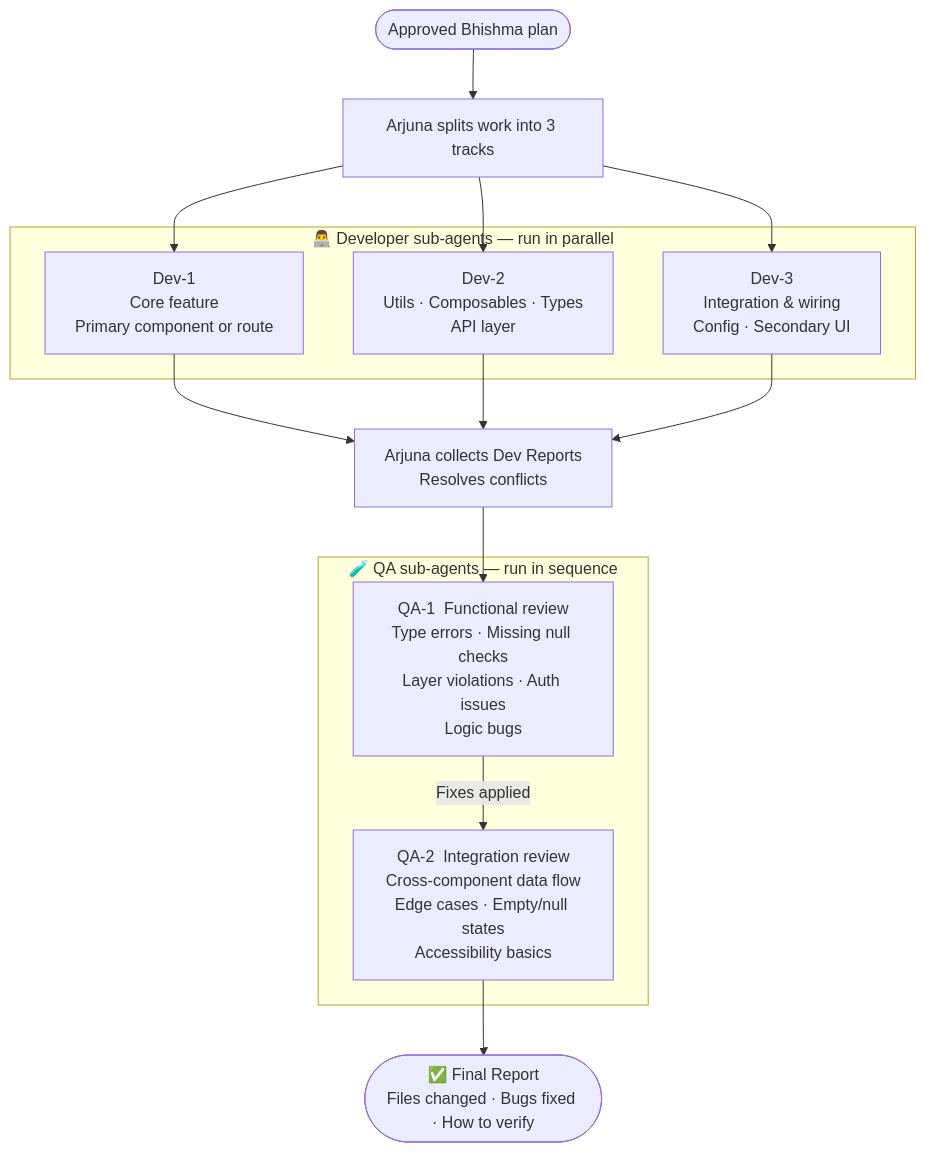
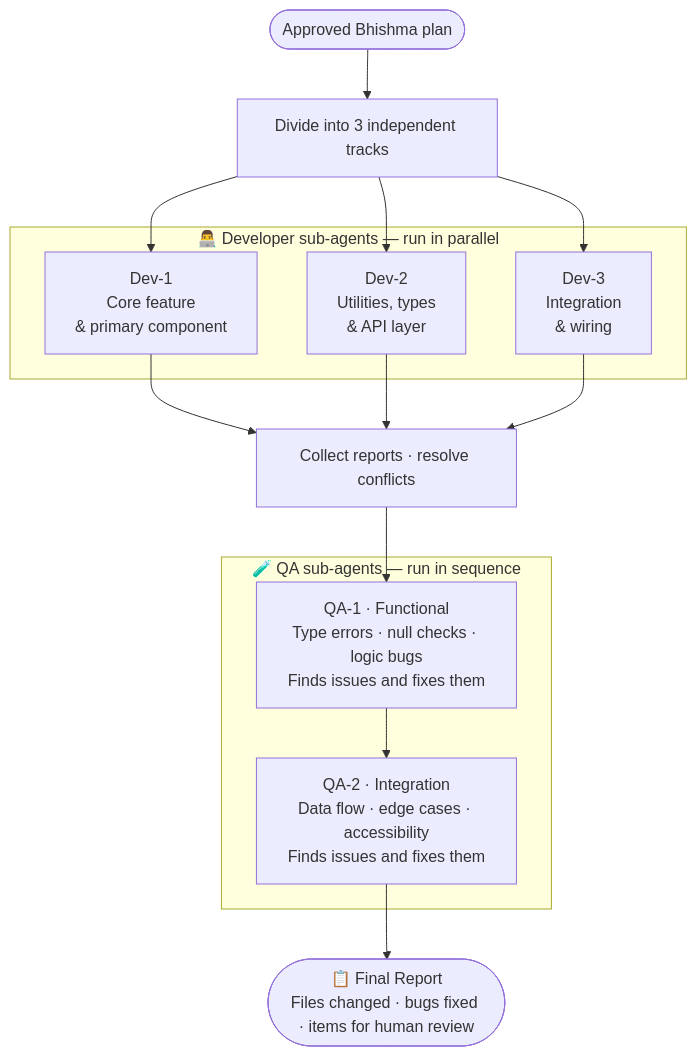
Before and after one commit to HarshavardhanIn/bhishma-arjuna: the second of 2 diagrams in README.md, drawn with Mermaid. The commit also changed other lines of this file, not shown here.

Commit message:
Rewrite README with cleaner flowchart diagrams

````diff
--- a/README.md
+++ b/README.md
@@ -75,32 +63,24 @@
 ```mermaid
 flowchart TD
-    IN([Approved Bhishma plan]) --> SPLIT
+    IN([Approved Bhishma plan]) --> SPLIT[Divide into 3 independent tracks]
 
-    SPLIT[Arjuna splits work into 3 tracks]
-
-    SPLIT --> D1
-    SPLIT --> D2
-    SPLIT --> D3
+    SPLIT --> D1 & D2 & D3
 
     subgraph PARALLEL ["👨‍💻 Developer sub-agents — run in parallel"]
-        D1["Dev-1\nCore feature\nPrimary component or route"]
-        D2["Dev-2\nUtils · Composables · Types\nAPI layer"]
-        D3["Dev-3\nIntegration & wiring\nConfig · Secondary UI"]
+        D1["Dev-1\nCore feature\n& primary component"]
+        D2["Dev-2\nUtilities, types\n& API layer"]
+        D3["Dev-3\nIntegration\n& wiring"]
     end
 
-    D1 & D2 & D3 --> MERGE
+    D1 & D2 & D3 --> MERGE[Collect reports · resolve conflicts]
 
-    MERGE[Arjuna collects Dev Reports\nResolves conflicts]
+    MERGE --> QA1
 
     subgraph SEQUENTIAL ["🧪 QA sub-agents — run in sequence"]
-        QA1["QA-1  Functional review\nType errors · Missing null checks\nLayer violations · Auth issues\nLogic bugs"]
-        QA2["QA-2  Integration review\nCross-component data flow\nEdge cases · Empty/null states\nAccessibility basics"]
+        QA1["QA-1 · Functional\nType errors · null checks · logic bugs\nFinds issues and fixes them"]
+        QA2["QA-2 · Integration\nData flow · edge cases · accessibility\nFinds issues and fixes them"]
+        QA1 --> QA2
     end
 
-    MERGE --> QA1
-    QA1 -->|Fixes applied| QA2
-
-    QA2 --> REPORT
-
-    REPORT(["✅ Final Report\nFiles changed · Bugs fixed · How to verify"])
+    QA2 --> REPORT(["📋 Final Report\nFiles changed · bugs fixed · items for human review"])
 ```
````
